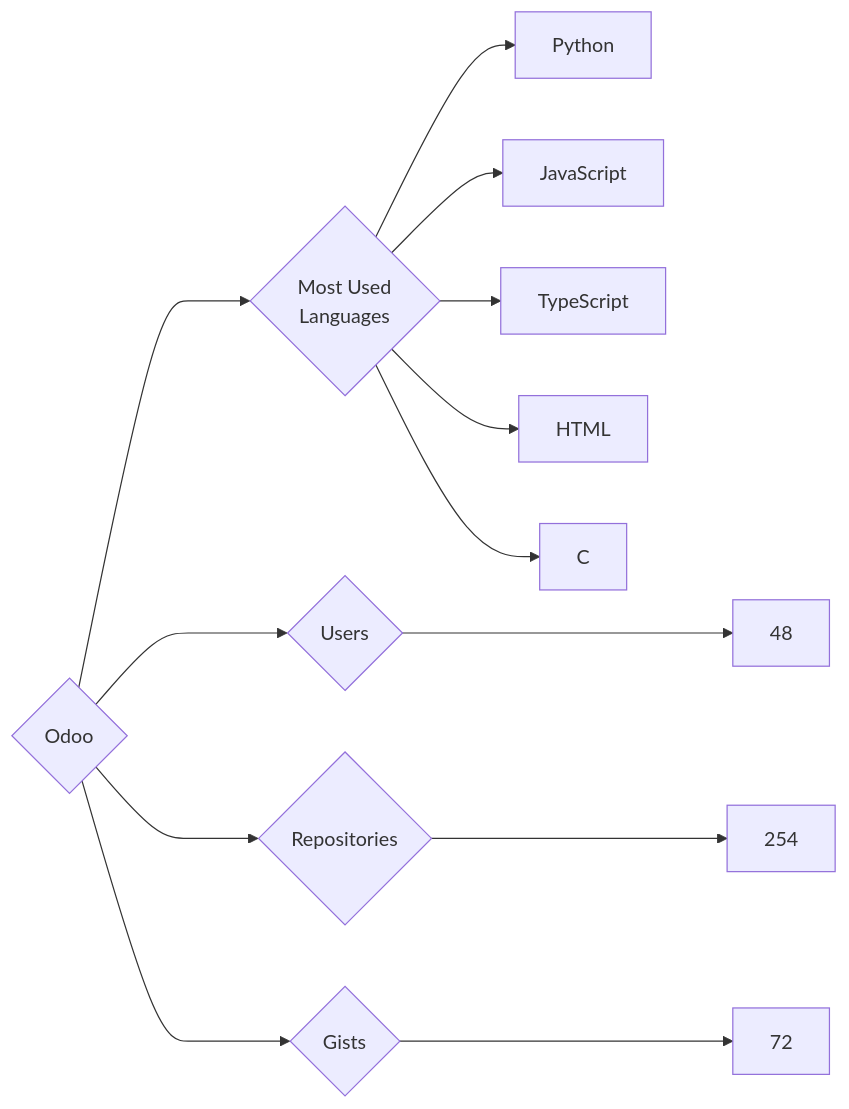
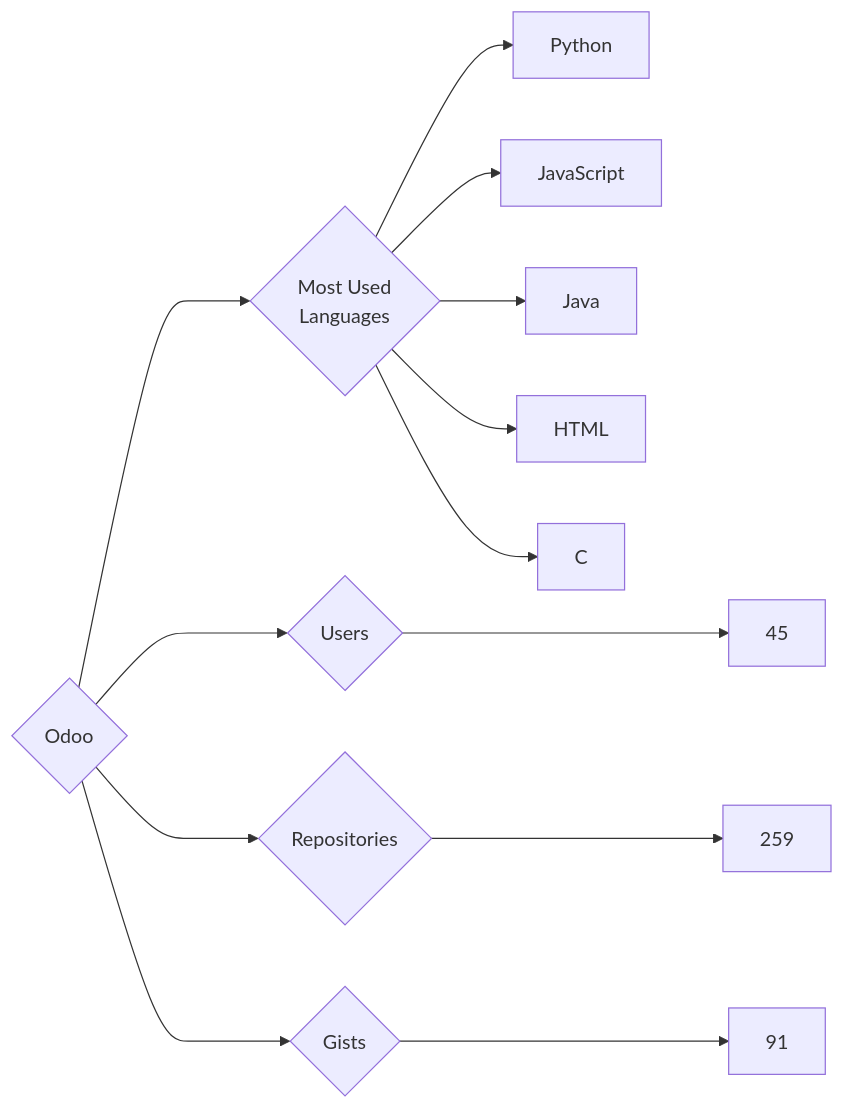
Before and after one commit to trickest/insiders: the diagram in targets/Odoo/README.md, drawn with Mermaid. The commit also changed 953 other files, not shown here.

````diff
--- a/targets/Odoo/README.md
+++ b/targets/Odoo/README.md
@@ -3,13 +3,13 @@
 ```mermaid
 graph LR
 COMPANY_NAME{Odoo}
-COMPANY_NAME ---> U{Users} ---> UN[48]
-COMPANY_NAME ---> R{Repositories} ---> RN[254]
-COMPANY_NAME ---> G{Gists} ---> GN[72]
+COMPANY_NAME ---> U{Users} ---> UN[45]
+COMPANY_NAME ---> R{Repositories} ---> RN[259]
+COMPANY_NAME ---> G{Gists} ---> GN[91]
 COMPANY_NAME ---> ML{Most Used<br>Languages}
 ML --> Python[Python]
 ML --> JavaScript[JavaScript]
-ML --> TypeScript[TypeScript]
+ML --> Java[Java]
 ML --> HTML[HTML]
 ML --> C[C]
 ```
````
